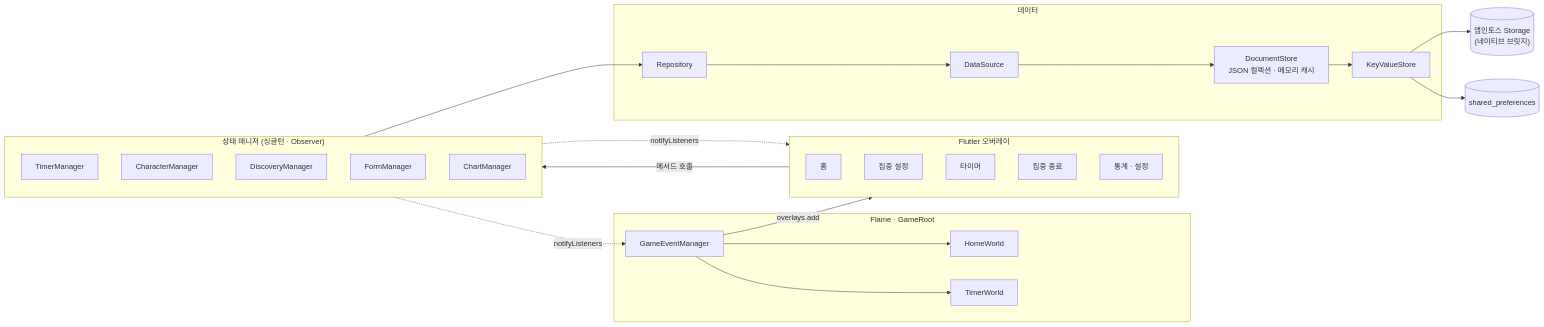
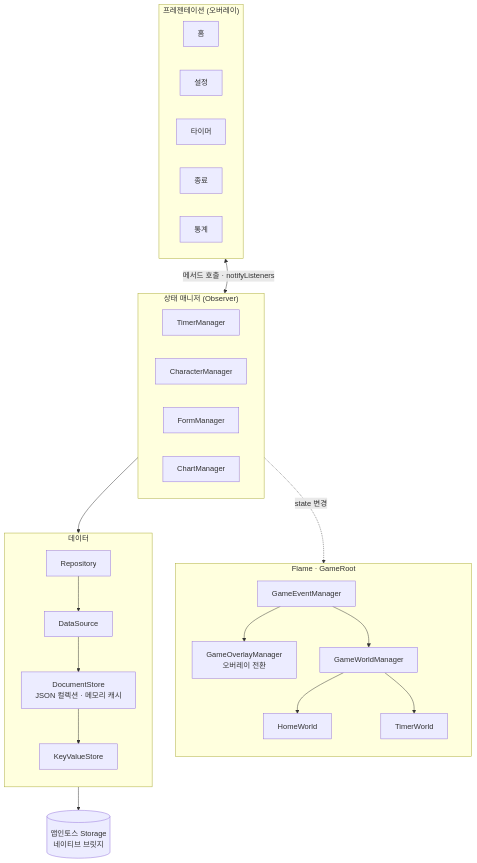
One commit to dongqui/Daebagi-timer changed the diagram in README.md. Above: the diagram before and after it, drawn with Mermaid. The commit also changed other lines of this file, not shown here.

Commit message:
docs: 리드미 업데이트

````diff
--- a/README.md
+++ b/README.md
@@ -17,39 +19,41 @@
 ```mermaid
-flowchart LR
-  subgraph UI["Flutter 오버레이"]
+flowchart TB
+  subgraph Pres["프레젠테이션 (오버레이)"]
+    direction LR
     Home["홈"]
-    Form["집중 설정"]
+    Form["설정"]
     Timer["타이머"]
-    End["집중 종료"]
-    Stats["통계 · 설정"]
+    End["종료"]
+    Stats["통계"]
   end
-  subgraph Managers["상태 매니저 (싱글턴 · Observer)"]
+
+  subgraph Managers["상태 매니저 (Observer)"]
+    direction LR
     TM["TimerManager"]
     CM["CharacterManager"]
-    DM["DiscoveryManager"]
     FM["FormManager"]
     ChM["ChartManager"]
   end
+
   subgraph Game["Flame · GameRoot"]
-    GEM["GameEventManager"]
-    HW["HomeWorld"]
-    TW["TimerWorld"]
+    direction TB
+    GEM["GameEventManager"] --> OM["GameOverlayManager<br/>오버레이 전환"]
+    GEM --> WM["GameWorldManager"]
+    WM --> HW["HomeWorld"]
+    WM --> TW["TimerWorld"]
   end
+
   subgraph Data["데이터"]
-    Repo["Repository"]
-    DS["DataSource"]
-    Doc["DocumentStore<br/>JSON 컬렉션 · 메모리 캐시"]
-    KV["KeyValueStore"]
+    direction TB
+    Repo["Repository"] --> DS["DataSource"] --> Doc["DocumentStore<br/>JSON 컬렉션 · 메모리 캐시"] --> KV["KeyValueStore"]
   end
-  Toss[("앱인토스 Storage<br/>(네이티브 브릿지)")]
-  SP[("shared_preferences")]
 
-  UI -- "메서드 호출" --> Managers
-  Managers -. "notifyListeners" .-> UI
-  Managers -. "notifyListeners" .-> GEM
-  GEM --> HW & TW
-  GEM -- "overlays.add" --> UI
-  Managers --> Repo --> DS --> Doc --> KV
+  Toss[("앱인토스 Storage<br/>네이티브 브릿지")]
+
+  %% 보이지 않는 선. 이게 있어야 매니저 박스가 가로로 놓인다.
+  Home ~~~ TM
+  Pres <-- "메서드 호출 · notifyListeners" --> Managers
+  Managers -. "state 변경" .-> GEM
+  Managers --> Repo
   KV --> Toss
-  KV --> SP
 ```
````
